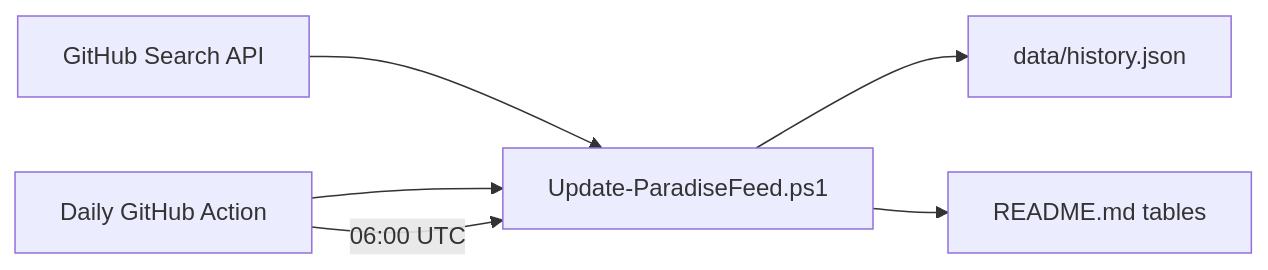
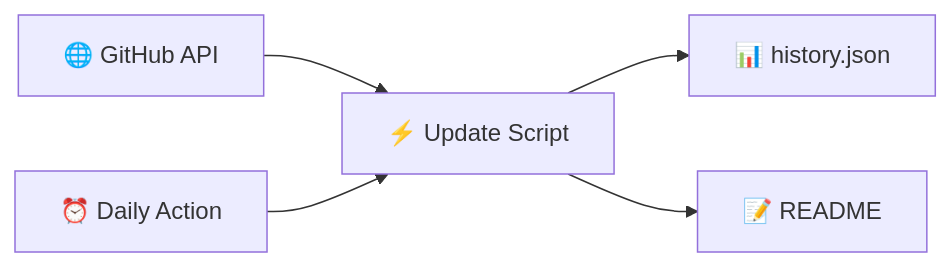
Before and after one commit to btstevens1984az/powershell-paradise: the diagram in README.md, drawn with Mermaid. The commit also changed other lines of this file and 4 other files, not shown here.

````diff
--- a/README.md
+++ b/README.md
@@ -170,8 +220,7 @@
 ```mermaid
 flowchart LR
-    A[GitHub Search API] --> B[Update-ParadiseFeed.ps1]
-    B --> C[data/history.json]
-    B --> D[README.md tables]
-    E[Daily GitHub Action] --> B
-    E -->|06:00 UTC| B
+    A["🌐 GitHub API"] --> B["⚡ Update Script"]
+    B --> C["📊 history.json"]
+    B --> D["📝 README"]
+    E["⏰ Daily Action"] --> B
 ```
````
